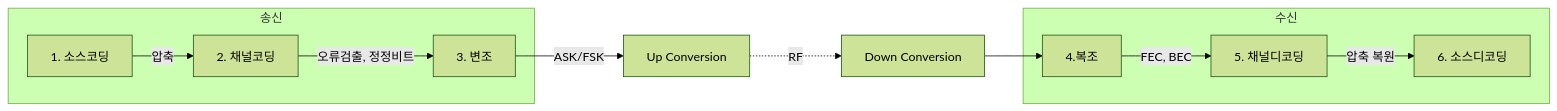
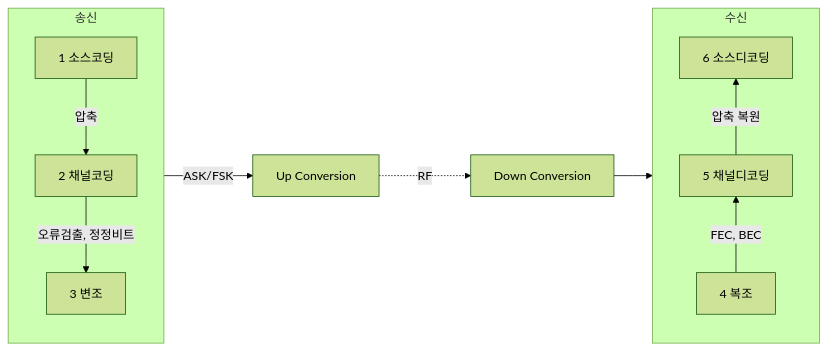
Before and after one commit to gracefullight/gracefullight.github.io: the diagram in blog/pe/nw/source-and-channel-coding.md, drawn with Mermaid (forest theme). The commit also changed other lines of this file and 22 other files, not shown here.

````diff
--- a/blog/pe/nw/source-and-channel-coding.md
+++ b/blog/pe/nw/source-and-channel-coding.md
@@ -23,25 +23,27 @@
 ```mermaid
 graph LR
   subgraph 송신
-    소스코딩[1. 소스코딩]
-    채널코딩[2. 채널코딩]
-    변조[3. 변조]
+    direction TB
+    소스코딩[1 소스코딩]
+    채널코딩[2 채널코딩]
+    변조[3 변조]
 
     소스코딩 --> |압축| 채널코딩 --> |오류검출, 정정비트| 변조
   end
 
-  변조 --> |ASK/FSK| UpConversion[Up Conversion] 
+  송신 --> |ASK/FSK| UpConversion[Up Conversion] 
   
   UpConversion -..->|RF| DownConversion[Down Conversion]
 
-  DownConversion --> 복조[4.복조]
+  DownConversion --> 수신
 
   subgraph 수신
-    복조[4.복조]
-    채널디코딩[5. 채널디코딩]
-    소스디코딩[6. 소스디코딩]
+    direction BT
+    복조[4 복조]
+    채널디코딩[5 채널디코딩]
+    소스디코딩[6 소스디코딩]
 
     복조 -->|FEC, BEC| 채널디코딩
     채널디코딩 -->|압축 복원| 소스디코딩
   end
 ```
````
